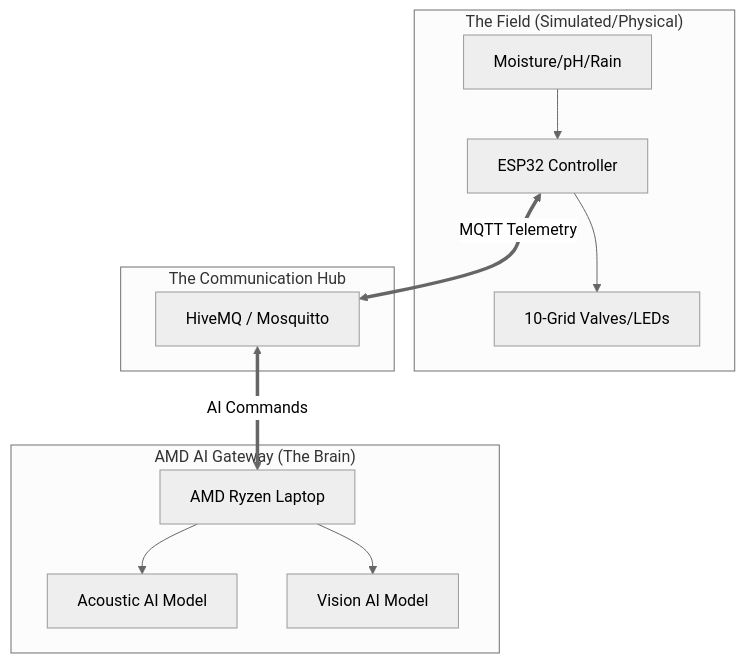
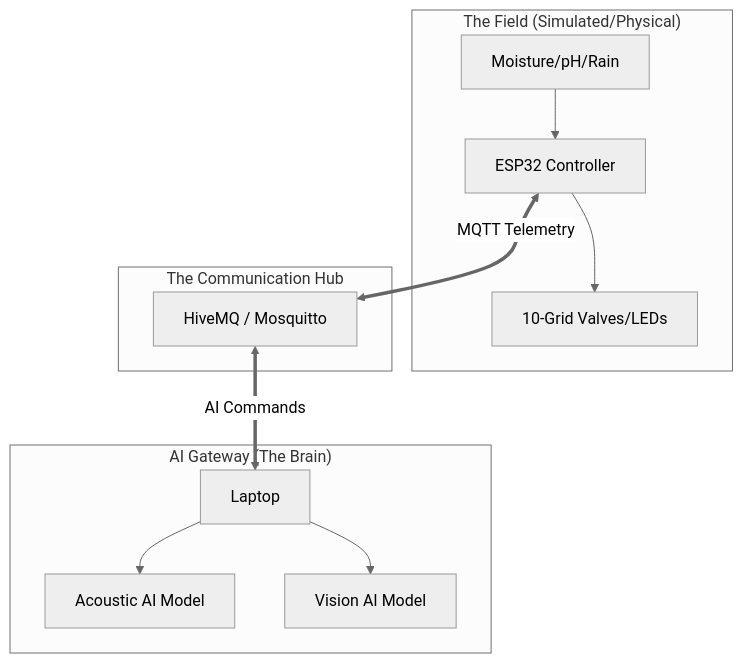
Before and after one commit to ShravanaHS/Agri-Brain-AI-Orchestrated-Rural-Grid-A-ORG-: the diagram in README.md, drawn with Mermaid (neutral theme). The commit also changed other lines of this file, not shown here.

````diff
--- a/README.md
+++ b/README.md
@@ -41,26 +41,26 @@
 ```mermaid
 graph TD
     subgraph "The Field (Simulated/Physical)"
         ESP[ESP32 Controller]
         Valves[10-Grid Valves/LEDs]
         Sensors[Moisture/pH/Rain]
         ESP --> Valves
         Sensors --> ESP
     end
 
     subgraph "The Communication Hub"
         Broker[HiveMQ / Mosquitto]
     end
 
-    subgraph "AMD AI Gateway (The Brain)"
-        AMD[AMD Ryzen Laptop]
+    subgraph "AI Gateway (The Brain)"
+        PC[Laptop]
         Acoustic[Acoustic AI Model]
         Vision[Vision AI Model]
-        AMD --> Acoustic
-        AMD --> Vision
+        PC --> Acoustic
+        PC --> Vision
     end
 
     %% Flow
     ESP <== "MQTT Telemetry" ==> Broker
-    Broker <== "AI Commands" ==> AMD
+    Broker <== "AI Commands" ==> PC
 ```
````
